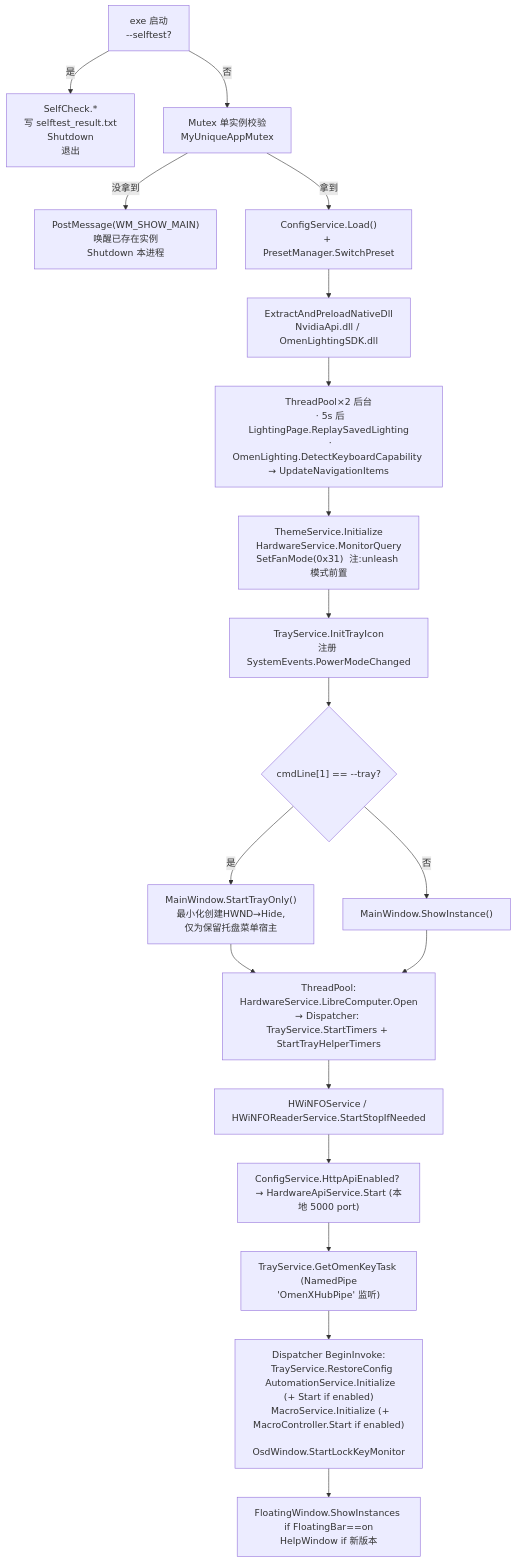
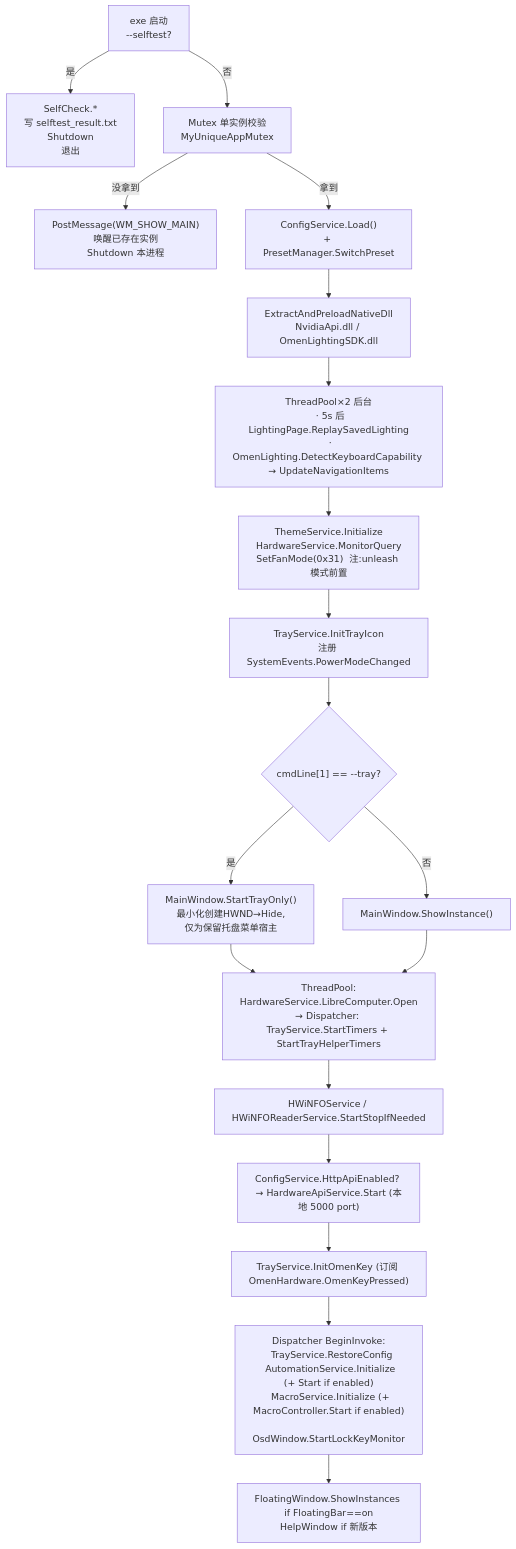
One commit to MasonDye/OmenXHub changed the first of 9 diagrams in ARCHITECTURE.md. Above: the diagram before and after it, drawn with Mermaid. The commit also changed other lines of this file and 10 other files, not shown here.

````diff
--- a/ARCHITECTURE.md
+++ b/ARCHITECTURE.md
@@ -7,21 +7,21 @@
 ```mermaid
 flowchart TD
   A0["exe 启动\n--selftest?"] -->|是| S0["SelfCheck.*\n写 selftest_result.txt\nShutdown\n退出"]
   A0 -->|否| A1["Mutex 单实例校验\nMyUniqueAppMutex"]
   A1 -->|没拿到| A2["PostMessage(WM_SHOW_MAIN)\n唤醒已存在实例\nShutdown 本进程"]
   A1 -->|拿到| A3["ConfigService.Load()\n+ PresetManager.SwitchPreset"]
   A3 --> A4["ExtractAndPreloadNativeDll\nNvidiaApi.dll / OmenLightingSDK.dll"]
   A4 --> A5["ThreadPool×2 后台\n  · 5s 后 LightingPage.ReplaySavedLighting\n  · OmenLighting.DetectKeyboardCapability → UpdateNavigationItems"]
   A5 --> A6["ThemeService.Initialize\nHardwareService.MonitorQuery\nSetFanMode(0x31)  注:unleash 模式前置"]
   A6 --> A7["TrayService.InitTrayIcon\n注册 SystemEvents.PowerModeChanged"]
   A7 --> A8{"cmdLine[1] == --tray?"}
   A8 -->|是| A9["MainWindow.StartTrayOnly()\n最小化创建HWND→Hide,\n仅为保留托盘菜单宿主"]
   A8 -->|否| A10["MainWindow.ShowInstance()"]
   A9 --> A11
   A10 --> A11["ThreadPool:\nHardwareService.LibreComputer.Open\n→ Dispatcher: TrayService.StartTimers + StartTrayHelperTimers"]
   A11 --> A12["HWiNFOService / HWiNFOReaderService.StartStopIfNeeded"]
   A12 --> A13["ConfigService.HttpApiEnabled? → HardwareApiService.Start (本地 5000 port)"]
-  A13 --> A14["TrayService.GetOmenKeyTask  (NamedPipe 'OmenXHubPipe' 监听)"]
+  A13 --> A14["TrayService.InitOmenKey (订阅 OmenHardware.OmenKeyPressed)"]
   A14 --> A15["Dispatcher BeginInvoke:\n  TrayService.RestoreConfig\n  AutomationService.Initialize (+ Start if enabled)\n  MacroService.Initialize (+ MacroController.Start if enabled)\n  OsdWindow.StartLockKeyMonitor"]
   A15 --> A16["FloatingWindow.ShowInstances if FloatingBar==on\nHelpWindow if 新版本"]
 ```
````
